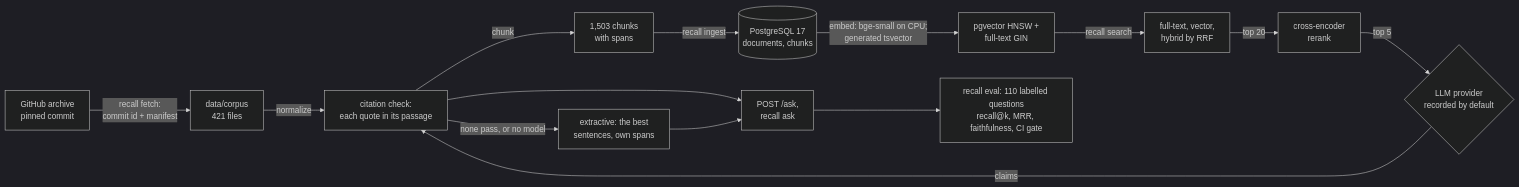
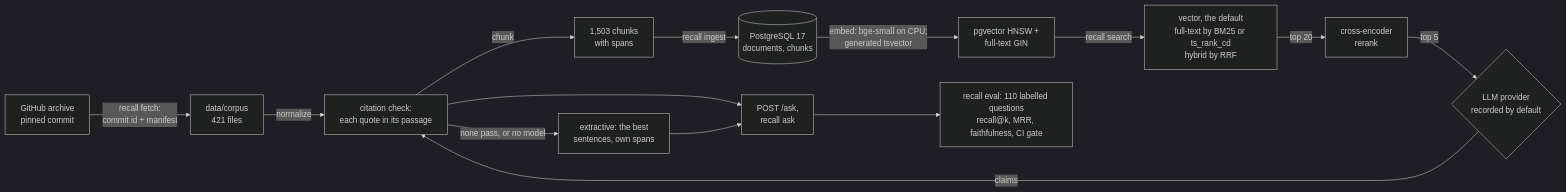
The diagram in README.md (vivekdavara/recall), drawn with Mermaid (dark theme) before and after one commit. The commit also changed other lines of this file and 1 other file, not shown here.

````diff
--- a/README.md
+++ b/README.md
@@ -34,16 +36,16 @@
 ```mermaid
 flowchart LR
     A[GitHub archive<br/>pinned commit] -->|recall fetch:<br/>commit id + manifest| B[data/corpus<br/>421 files]
     B -->|normalize| C[125 pages of<br/>plain Markdown]
     C -->|chunk| D[1,503 chunks<br/>with spans]
     D -->|recall ingest| E[(PostgreSQL 17<br/>documents, chunks)]
     E -->|embed: bge-small on CPU;<br/>generated tsvector| F[pgvector HNSW +<br/>full-text GIN]
-    F -->|recall search| R[full-text, vector,<br/>hybrid by RRF]
+    F -->|recall search| R[vector, the default<br/>full-text by BM25 or ts_rank_cd<br/>hybrid by RRF]
     R -->|top 20| X[cross-encoder<br/>rerank]
     X -->|top 5| G{LLM provider<br/>recorded by default}
     G -->|claims| C[citation check:<br/>each quote in its passage]
     C -->|none pass, or no model| XT[extractive: the best<br/>sentences, own spans]
     C --> API[POST /ask,<br/>recall ask]
     XT --> API
     API --> H[recall eval: 110 labelled questions<br/>recall@k, MRR, faithfulness, CI gate]
 ```
````
